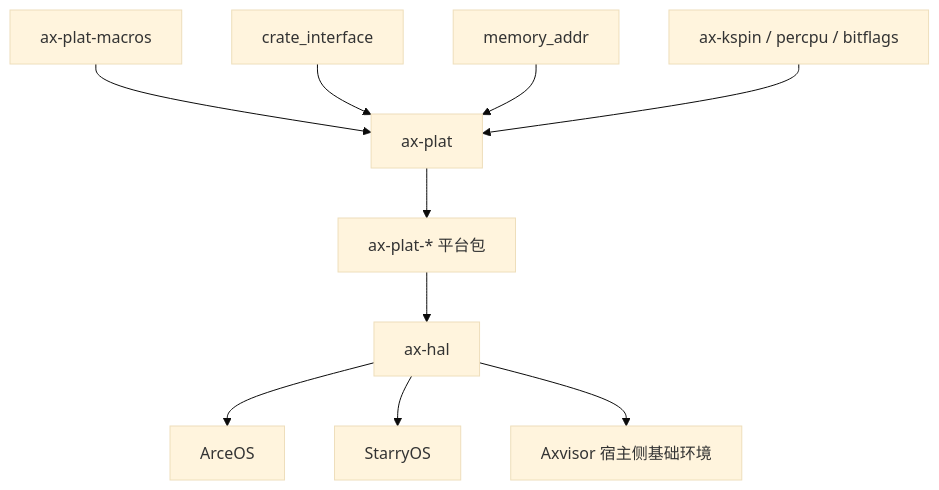
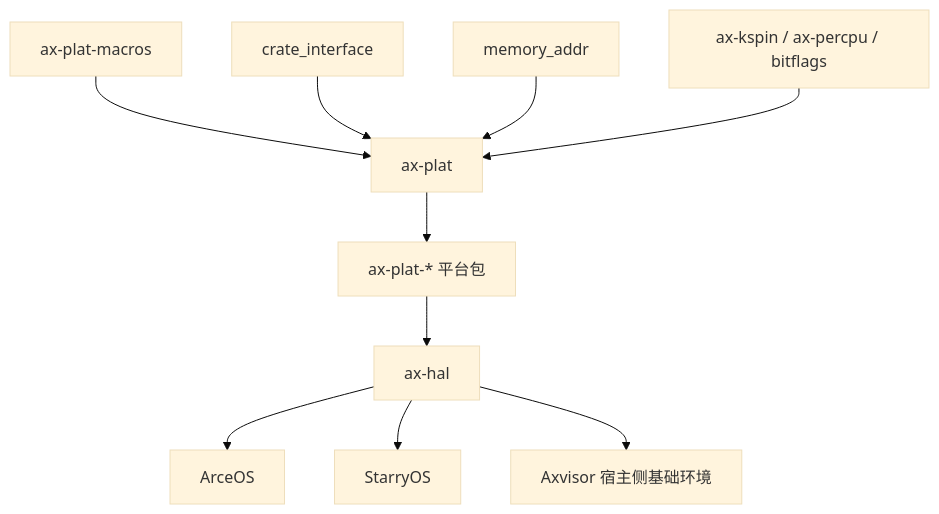
One commit to zKurisu/tgoskits changed the second of 2 diagrams in docs/crates/ax-plat.md. Above: the diagram before and after it, drawn with Mermaid (base theme). The commit also changed other lines of this file and 71 other files, not shown here.

````diff
--- a/docs/crates/ax-plat.md
+++ b/docs/crates/ax-plat.md
@@ -206,13 +206,13 @@
 ```mermaid
 graph TD
     A[ax-plat-macros] --> B[ax-plat]
     C[crate_interface] --> B
     D[memory_addr] --> B
-    E[ax-kspin / percpu / bitflags] --> B
+    E[ax-kspin / ax-percpu / bitflags] --> B
 
     B --> F[ax-plat-* 平台包]
     F --> G[ax-hal]
     G --> H[ArceOS]
     G --> I[StarryOS]
     G --> J[Axvisor 宿主侧基础环境]
 ```
````
